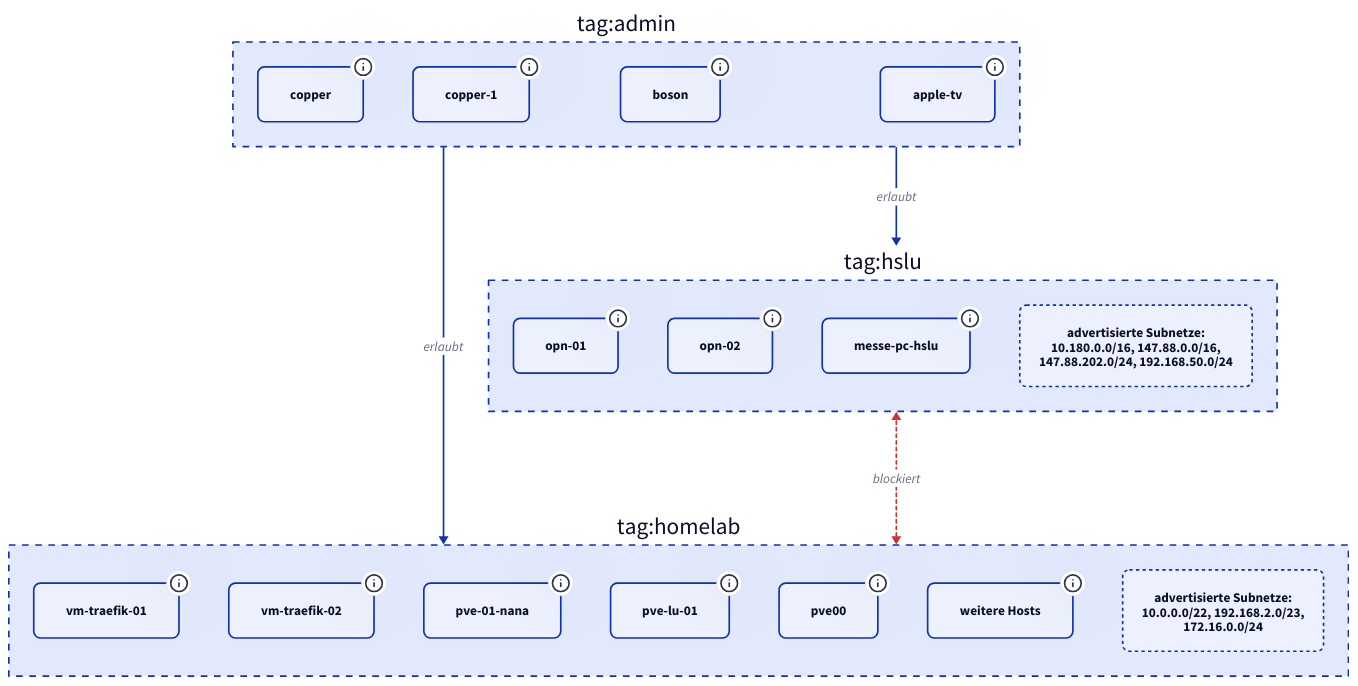
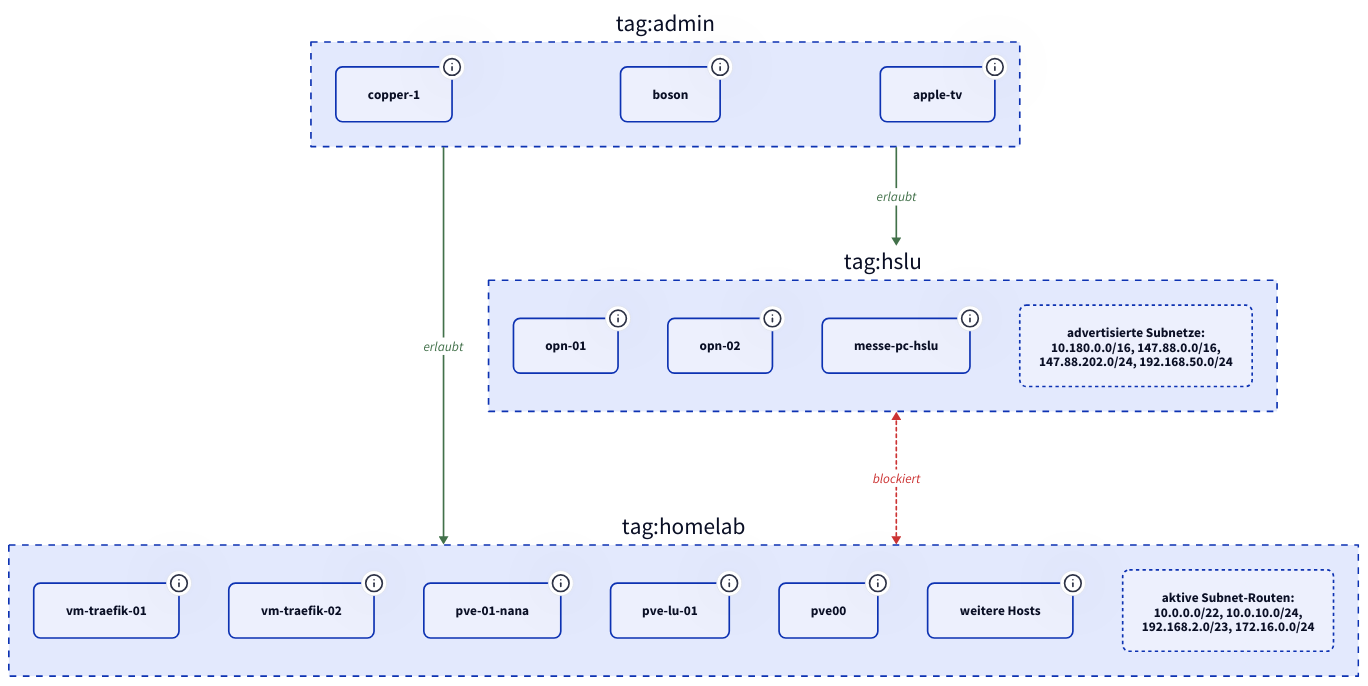
One commit to derever-labs/homelab-wiki changed the first of 2 diagrams in docs/netz/netzwerk/tailscale.md. Above: the diagram before and after it, drawn with D2. The commit also changed other lines of this file and 1 other file, not shown here.

First line of the commit message:
docs(netz): Netz-Diagramme von Topologie auf Mechanik (#145)

````diff
--- a/docs/netz/netzwerk/tailscale.md
+++ b/docs/netz/netzwerk/tailscale.md
@@ -23,53 +27,53 @@
 ```d2
 classes: {
   cluster: {
-    style.stroke-dash: 4
+    style: { stroke-dash: 4 }
   }
   host: {
-    style.border-radius: 8
+    style: { border-radius: 8 }
   }
   nets: {
-    style.border-radius: 8
-    style.stroke-dash: 2
+    style: { border-radius: 8; stroke-dash: 2 }
+  }
+  allowed: {
+    style: { stroke: "#42714a"; font-color: "#42714a" }
   }
   blocked: {
-    style.stroke: "#cc3333"
-    style.stroke-dash: 2
+    style: { stroke: "#cc3333"; font-color: "#cc3333"; stroke-dash: 2 }
   }
 }
 
 ADMIN: "tag:admin" {
   class: cluster
-  COPPER: copper { class: host; tooltip: "macOS, 100.92.200.106" }
-  COPPER1: copper-1 { class: host; tooltip: "macOS, 100.77.173.91" }
-  BOSON: boson { class: host; tooltip: "iOS, 100.103.149.48" }
-  ATV: apple-tv { class: host; tooltip: "tvOS, 100.106.104.34" }
+  COPPER: copper-1 { class: host; tooltip: "macOS, 100.77.173.91" }
+  BOSON: boson { class: host; tooltip: "iOS, 100.103.149.48, trägt zusätzlich tag:homelab und tag:hslu" }
+  ATV: apple-tv { class: host; tooltip: "tvOS, 100.106.104.34, Subnet-Router 172.16.0.0/24" }
 }
 
 HSLU: "tag:hslu" {
   class: cluster
   OPN1: opn-01 { class: host; tooltip: "FreeBSD, 100.113.244.85, Subnet-Router" }
   OPN2: opn-02 { class: host; tooltip: "FreeBSD, 100.110.151.3, Subnet-Router" }
   MESSE: messe-pc-hslu { class: host; tooltip: "Windows, 100.116.116.63" }
   HSLUNETS: "advertisierte Subnetze:\n10.180.0.0/16, 147.88.0.0/16,\n147.88.202.0/24, 192.168.50.0/24" {
     class: nets
   }
 }
 
 HOMELAB: "tag:homelab" {
   class: cluster
   TRF1: vm-traefik-01 { class: host; tooltip: "Linux, 100.101.37.122, Subnet-Router + Exit-Node" }
   TRF2: vm-traefik-02 { class: host; tooltip: "Linux, 100.91.238.106, Subnet-Router + Exit-Node" }
   PVE: pve-01-nana { class: host; tooltip: "Linux, 100.81.116.122, Subnet-Router 192.168.2.0/23" }
   PVELU: pve-lu-01 { class: host; tooltip: "Linux, 100.112.213.18, Subnet-Router 172.16.0.0/24" }
-  PVE00: pve00 { class: host; tooltip: "Linux, 100.89.174.31, Subnet-Router Lenzburg-VLANs" }
-  MORE: "weitere Hosts" { class: host; tooltip: "pdm, checkmk-homelab, pve01, pve02, homeassistant (HA-Luzern) -- Tailnet-Mitglieder ohne Subnet-Routes" }
-  HOMELABNETS: "advertisierte Subnetze:\n10.0.0.0/22, 192.168.2.0/23,\n172.16.0.0/24" {
+  PVE00: pve00 { class: host; tooltip: "Linux, 100.89.174.31, advertisiert VLAN-Routen (derzeit nicht freigegeben)" }
+  MORE: "weitere Hosts" { class: host; tooltip: "pdm, checkmk-homelab, pve01, pve02, homeassistant (HA-Luzern), ha-dottikon, kuma-wd-home, kuma-wd-nana, nomad-edge-dottikon" }
+  HOMELABNETS: "aktive Subnet-Routen:\n10.0.0.0/22, 10.0.10.0/24,\n192.168.2.0/23, 172.16.0.0/24" {
     class: nets
   }
 }
 
-ADMIN -> HSLU: erlaubt
-ADMIN -> HOMELAB: erlaubt
+ADMIN -> HSLU: erlaubt { class: allowed }
+ADMIN -> HOMELAB: erlaubt { class: allowed }
 HSLU <-> HOMELAB: blockiert { class: blocked }
 ```
````
